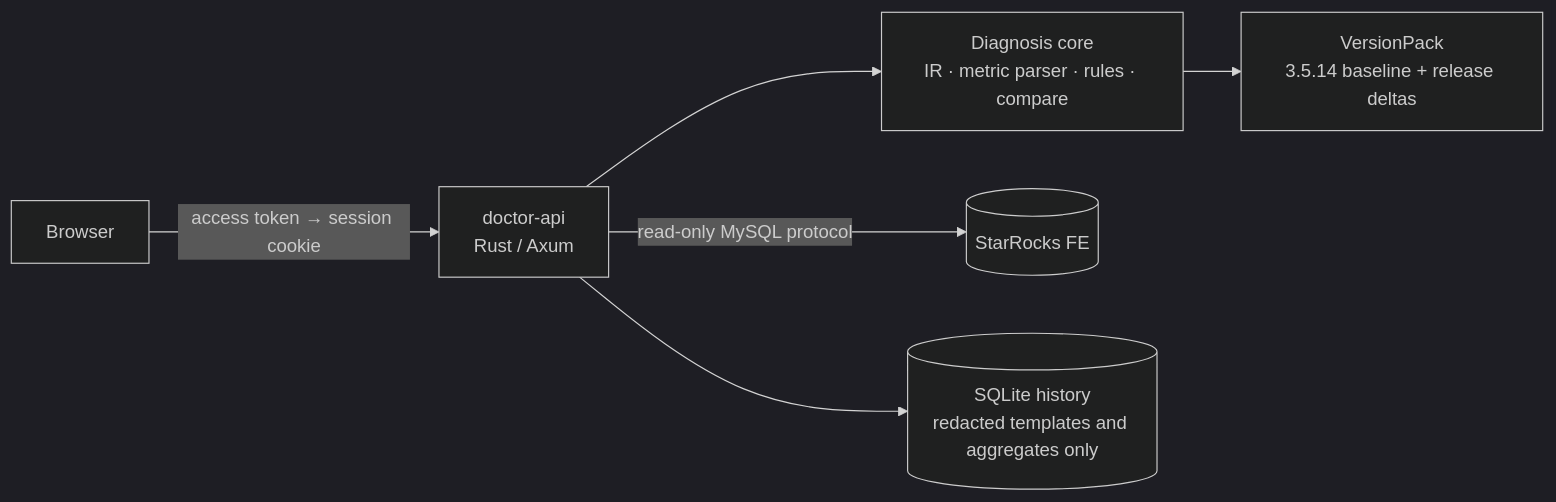
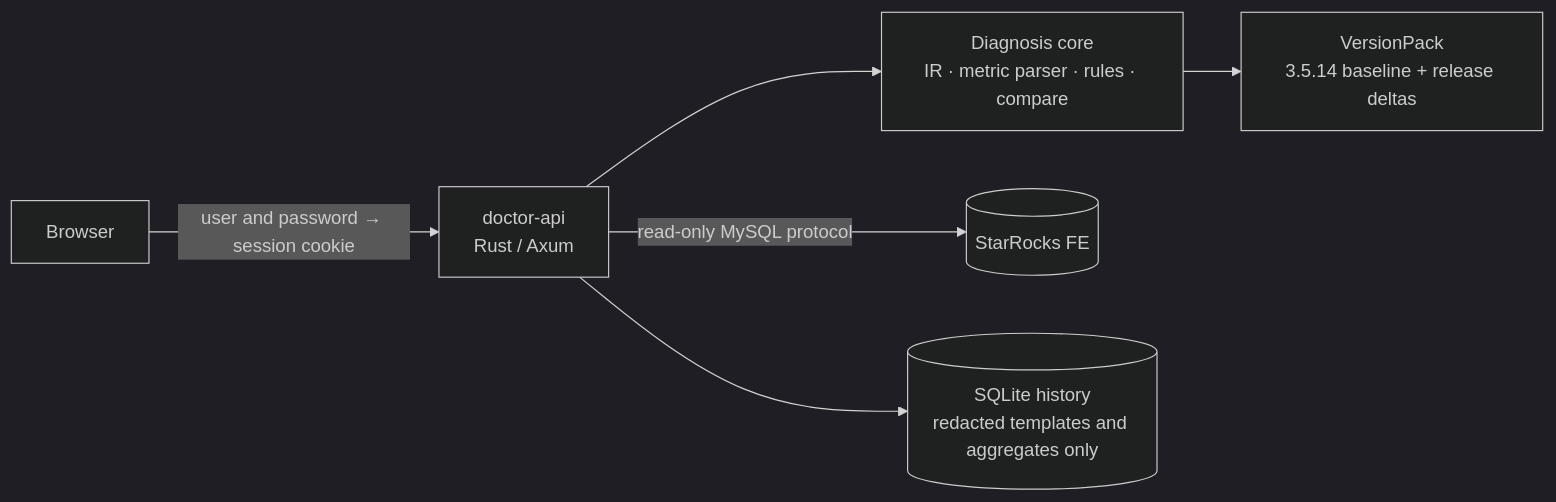
One commit to shenhui027-arch/sr-doctor changed the diagram in README.en.md. Above: the diagram before and after it, drawn with Mermaid (dark theme). The commit also changed other lines of this file and 27 other files, not shown here.

````diff
--- a/README.en.md
+++ b/README.en.md
@@ -111,8 +110,8 @@
 ```mermaid
 flowchart LR
-    B[Browser] -->|access token → session cookie| API[doctor-api<br>Rust / Axum]
+    B[Browser] -->|user and password → session cookie| API[doctor-api<br>Rust / Axum]
     API --> CORE[Diagnosis core<br>IR · metric parser · rules · compare]
     CORE --> VP[VersionPack<br>3.5.14 baseline + release deltas]
     API -->|read-only MySQL protocol| SR[(StarRocks FE)]
     API --> H[(SQLite history<br>redacted templates and aggregates only)]
 ```
````
